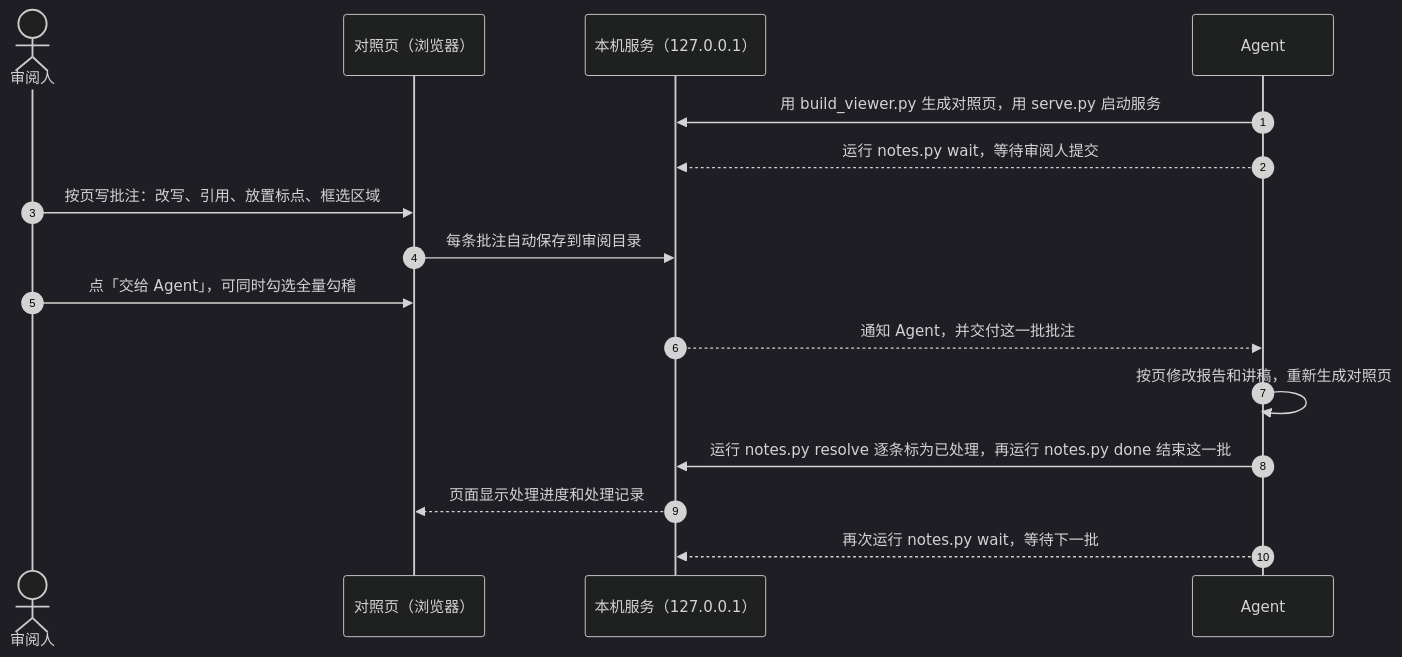
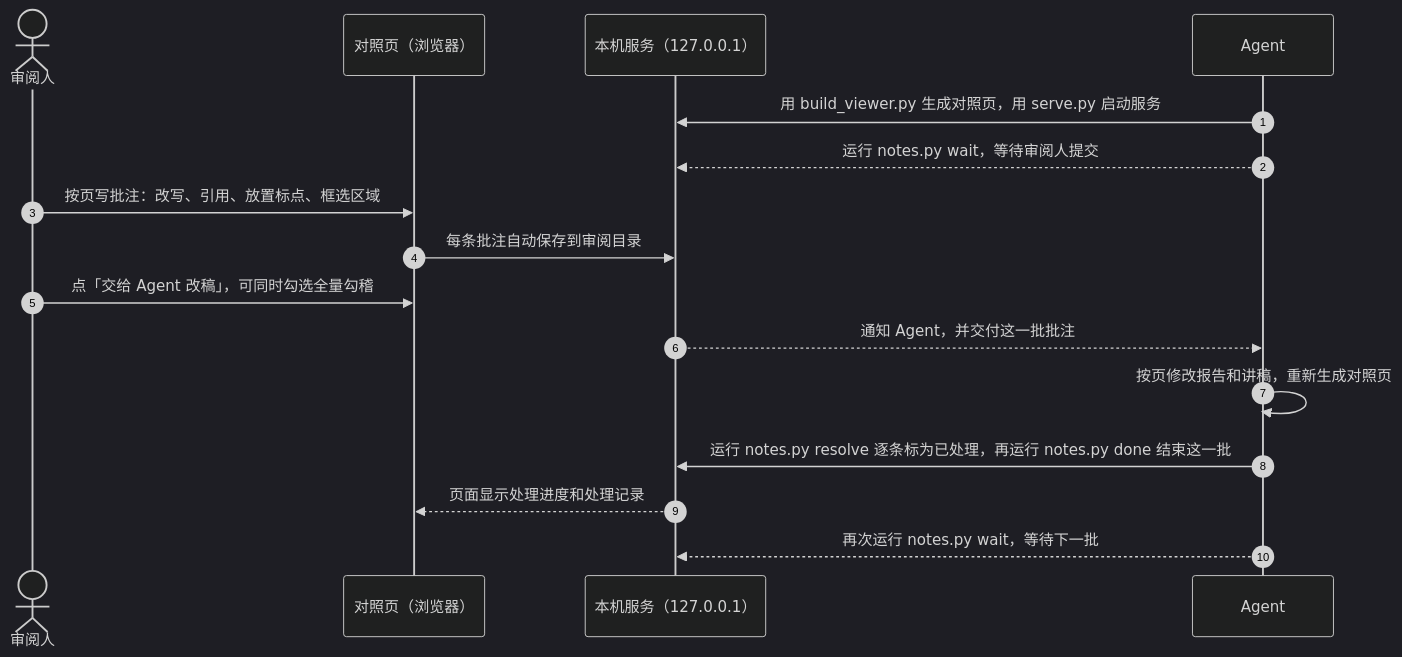
The second of 4 diagrams in README.md (hezhongtang/annotation-everything), drawn with Mermaid (dark theme) before and after one commit. The commit also changed other lines of this file and 45 other files, not shown here.

````diff
--- a/README.md
+++ b/README.md
@@ -180,19 +206,19 @@
 ```mermaid
 sequenceDiagram
     autonumber
     actor U as 审阅人
     participant P as 对照页（浏览器）
     participant S as 本机服务（127.0.0.1）
     participant A as Agent
 
     A->>S: 用 build_viewer.py 生成对照页，用 serve.py 启动服务
     A-->>S: 运行 notes.py wait，等待审阅人提交
     U->>P: 按页写批注：改写、引用、放置标点、框选区域
     P->>S: 每条批注自动保存到审阅目录
-    U->>P: 点「交给 Agent」，可同时勾选全量勾稽
+    U->>P: 点「交给 Agent 改稿」，可同时勾选全量勾稽
     S-->>A: 通知 Agent，并交付这一批批注
     A->>A: 按页修改报告和讲稿，重新生成对照页
     A->>S: 运行 notes.py resolve 逐条标为已处理，再运行 notes.py done 结束这一批
     S-->>P: 页面显示处理进度和处理记录
     A-->>S: 再次运行 notes.py wait，等待下一批
 ```
````
